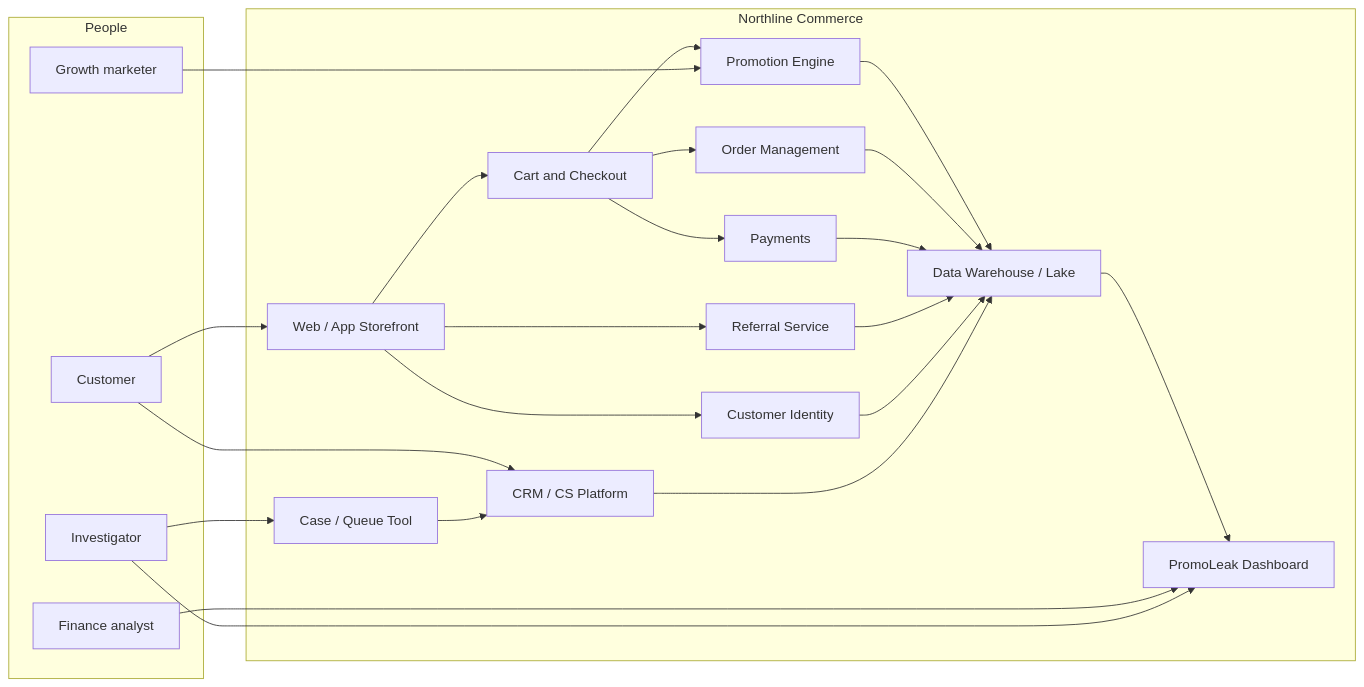
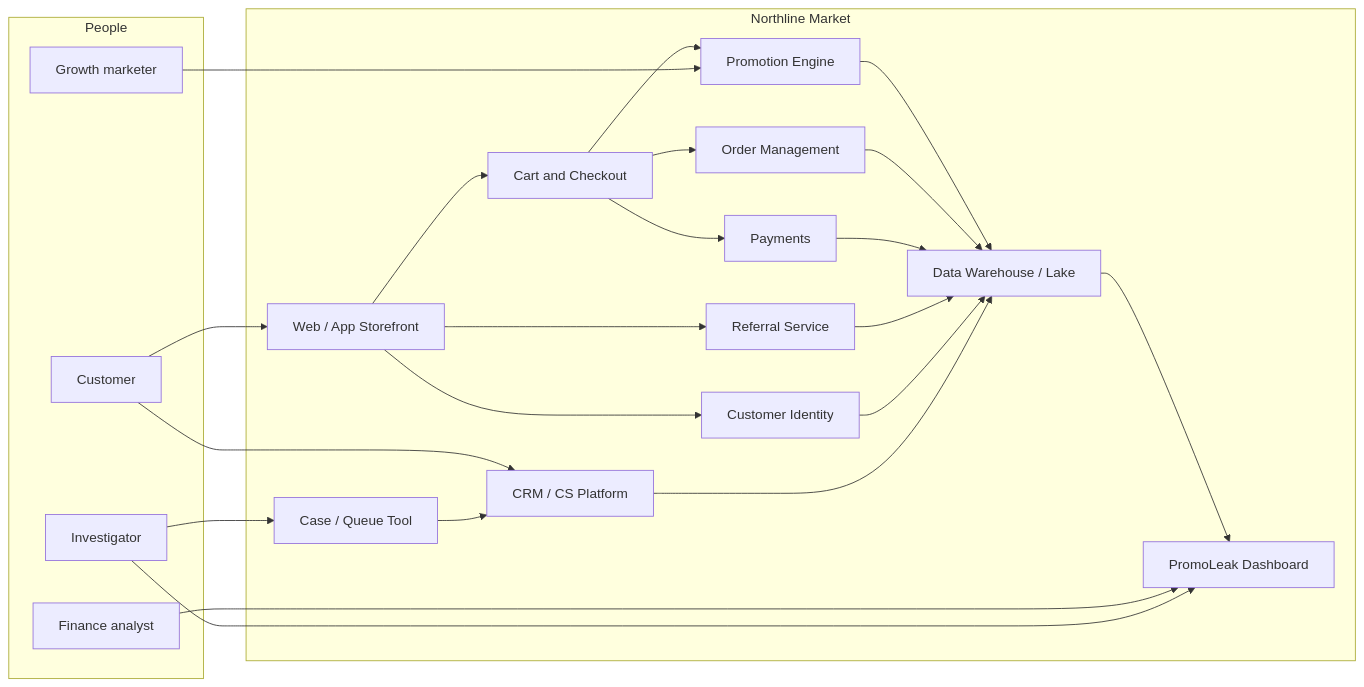
One commit to sreyalingala/promoleak-radar-business-analysis changed the diagram in 08-solution-design/system-context-diagram.md. Above: the diagram before and after it, drawn with Mermaid. The commit also changed 7 other files, not shown here.

````diff
--- a/08-solution-design/system-context-diagram.md
+++ b/08-solution-design/system-context-diagram.md
@@ -5,45 +5,45 @@
 ```mermaid
 flowchart LR
   subgraph actors [People]
     Cust[Customer]
     Inv[Investigator]
     Fin[Finance analyst]
     Gro[Growth marketer]
   end
 
-  subgraph northline [Northline Commerce]
+  subgraph northline [Northline Market]
     Web[Web / App Storefront]
     Cart[Cart and Checkout]
     Promo[Promotion Engine]
     Pay[Payments]
     OMS[Order Management]
     Ref[Referral Service]
     IdP[Customer Identity]
     CRM[CRM / CS Platform]
     DW[Data Warehouse / Lake]
     Dash[PromoLeak Dashboard]
     Case[Case / Queue Tool]
   end
 
   Cust --> Web --> Cart
   Cart --> Promo
   Cart --> Pay
   Cart --> OMS
   Web --> Ref
   Web --> IdP
   Cust --> CRM
 
   Promo --> DW
   OMS --> DW
   Pay --> DW
   Ref --> DW
   IdP --> DW
   CRM --> DW
 
   DW --> Dash
   Fin --> Dash
   Inv --> Dash
   Inv --> Case
   Case --> CRM
   Gro --> Promo
 ```
````
